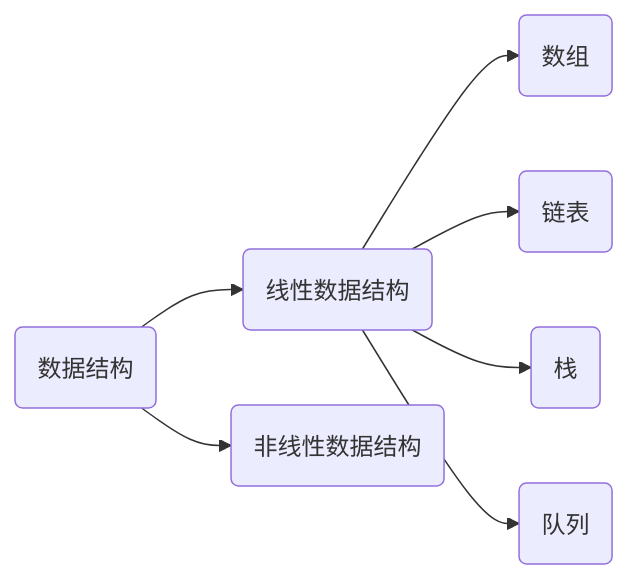
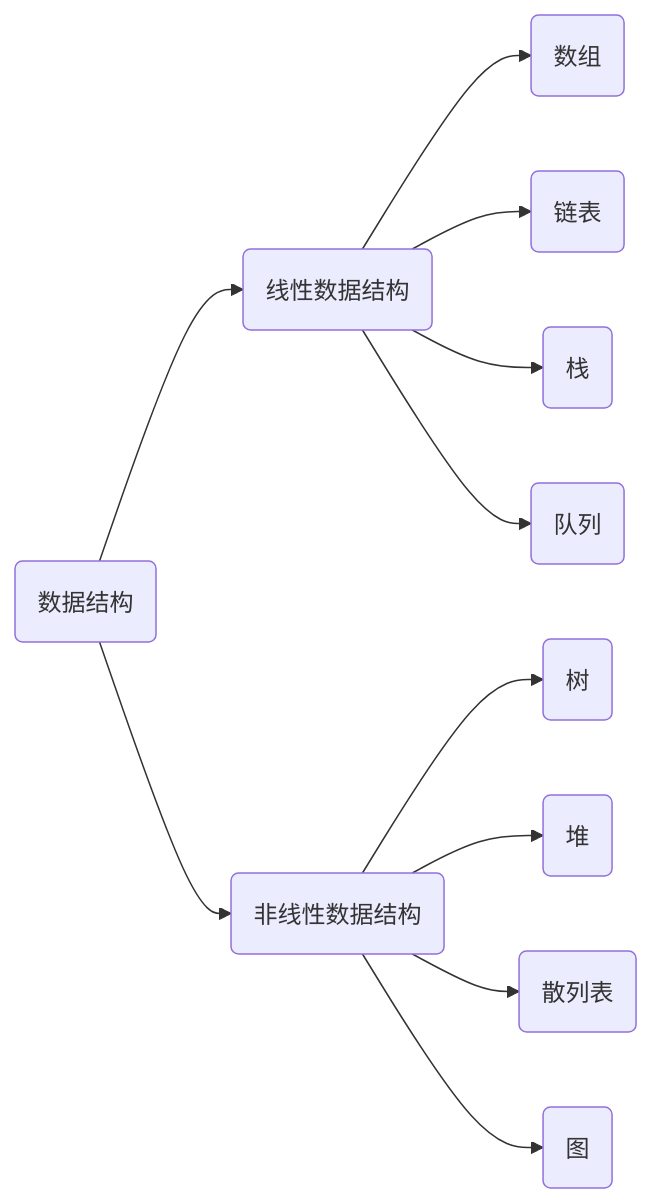
Before and after one commit to Sibyl233/LeetCode: the diagram in collection/common-used-in-python.md, drawn with Mermaid.

````diff
--- a/collection/common-used-in-python.md
+++ b/collection/common-used-in-python.md
@@ -4,9 +4,13 @@
 ```mermaid
 graph LR
 		A(数据结构) -->B1(线性数据结构)
     A --> B2(非线性数据结构)
     B1 --> C1(数组)
     B1 --> C2(链表)
     B1 --> C3(栈)
     B1 --> C4(队列)
+    B2 --> D1(树)
+    B2 --> D2(堆)
+    B2 --> D3(散列表)
+    B2 --> D4(图)
 ```
````
